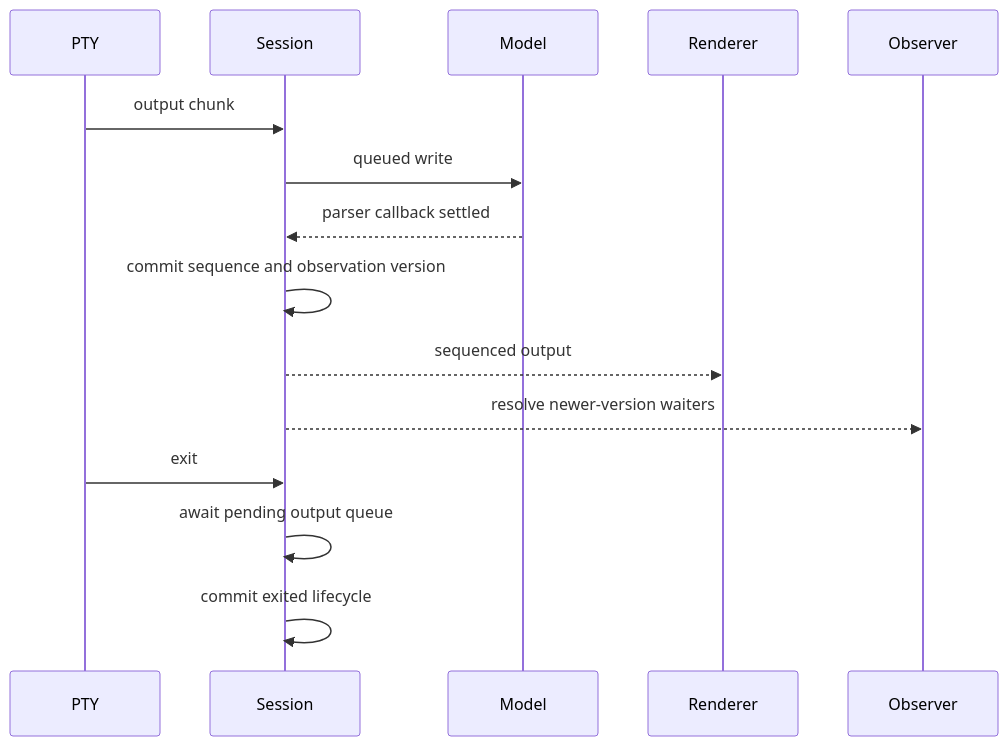
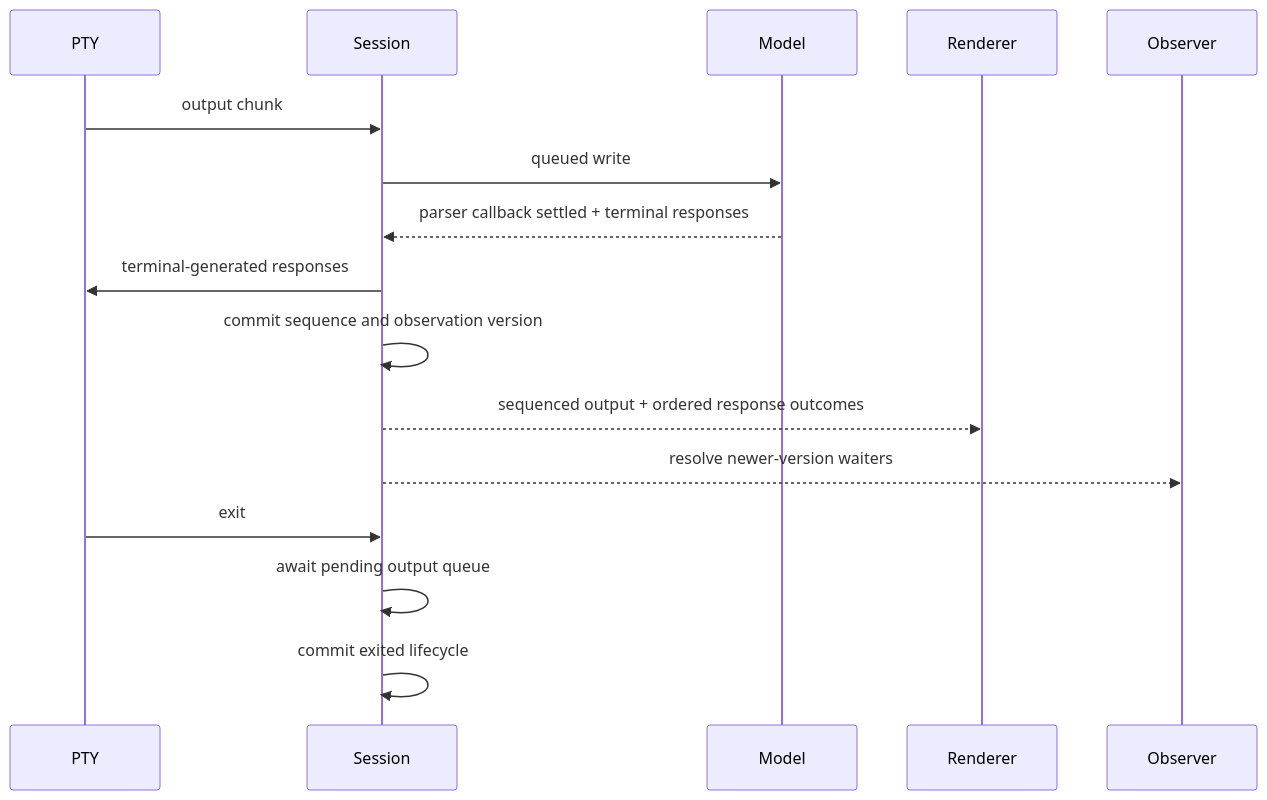
Before and after one commit to procontexthq/procontext-terminal: the second of 2 diagrams in docs/specs/terminal-architecture.md, drawn with Mermaid. The commit also changed other lines of this file and 15 other files, not shown here.

Commit message:
fix(session): answer terminal queries canonically

````diff
--- a/docs/specs/terminal-architecture.md
+++ b/docs/specs/terminal-architecture.md
@@ -162,18 +162,19 @@
 ```mermaid
 sequenceDiagram
   participant PTY
   participant Session
   participant Model
   participant Renderer
   participant Observer
 
   PTY->>Session: output chunk
   Session->>Model: queued write
-  Model-->>Session: parser callback settled
+  Model-->>Session: parser callback settled + terminal responses
+  Session->>PTY: terminal-generated responses
   Session->>Session: commit sequence and observation version
-  Session-->>Renderer: sequenced output
+  Session-->>Renderer: sequenced output + ordered response outcomes
   Session-->>Observer: resolve newer-version waiters
   PTY->>Session: exit
   Session->>Session: await pending output queue
   Session->>Session: commit exited lifecycle
 ```
````
